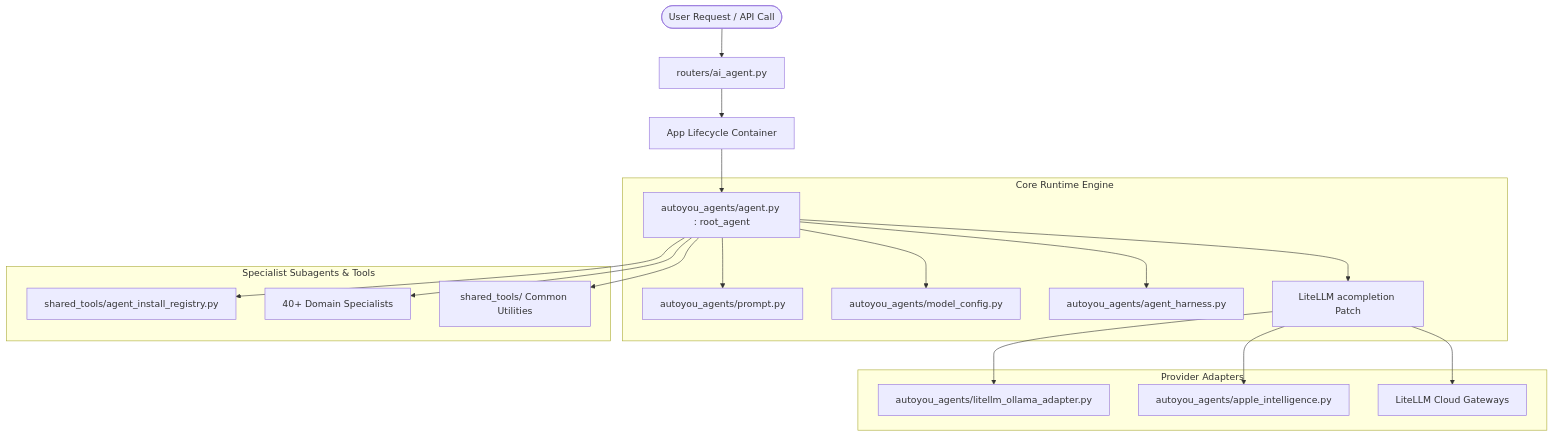
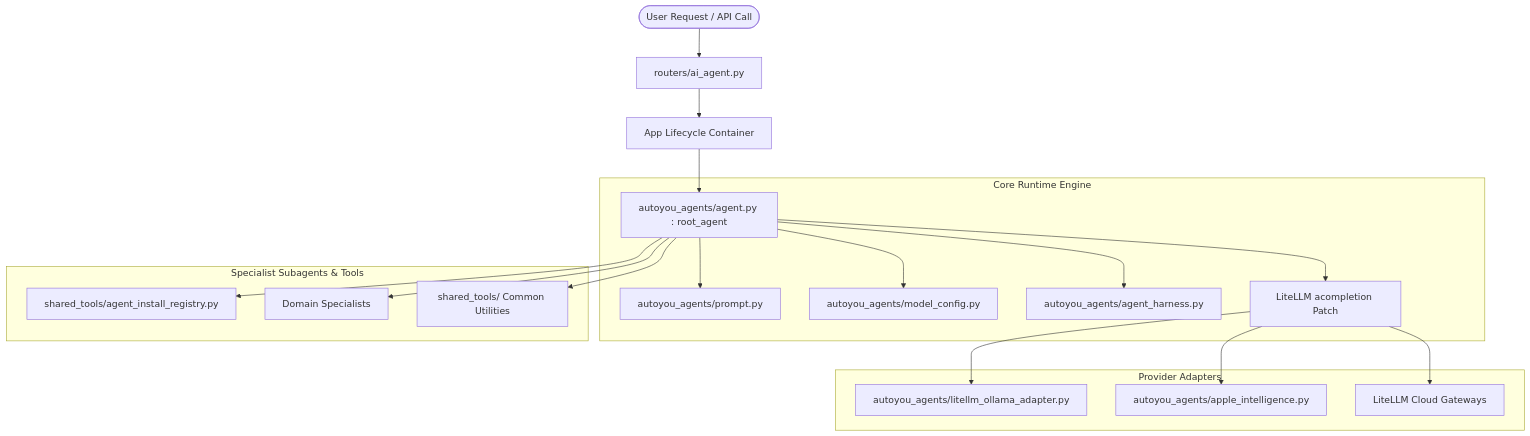
The first of 3 diagrams in docs/agent-framework/core-agent-engine.mdx (autoyou-ai/AutoYou-Server), drawn with Mermaid before and after one commit. The commit also changed other lines of this file and 64 other files, not shown here.

````diff
--- a/docs/agent-framework/core-agent-engine.mdx
+++ b/docs/agent-framework/core-agent-engine.mdx
@@ -12,25 +12,25 @@
 ```mermaid
 graph TD
     User([User Request / API Call]) --> Worker[routers/ai_agent.py]
     Worker --> App[App Lifecycle Container]
     App --> RootAgent[autoyou_agents/agent.py : root_agent]
     
     subgraph "Core Runtime Engine"
         RootAgent --> Prompt[autoyou_agents/prompt.py]
         RootAgent --> ModelCfg[autoyou_agents/model_config.py]
         RootAgent --> Harness[autoyou_agents/agent_harness.py]
         RootAgent --> Patch[LiteLLM acompletion Patch]
     end
 
     subgraph "Provider Adapters"
         Patch --> OllamaAdapt[autoyou_agents/litellm_ollama_adapter.py]
         Patch --> AppleAdapt[autoyou_agents/apple_intelligence.py]
         Patch --> CloudAdapt[LiteLLM Cloud Gateways]
     end
 
     subgraph "Specialist Subagents & Tools"
         RootAgent --> Registry[shared_tools/agent_install_registry.py]
-        RootAgent --> Subagents[40+ Domain Specialists]
+        RootAgent --> Subagents[Domain Specialists]
         RootAgent --> SharedTools[shared_tools/ Common Utilities]
     end
 ```
````
